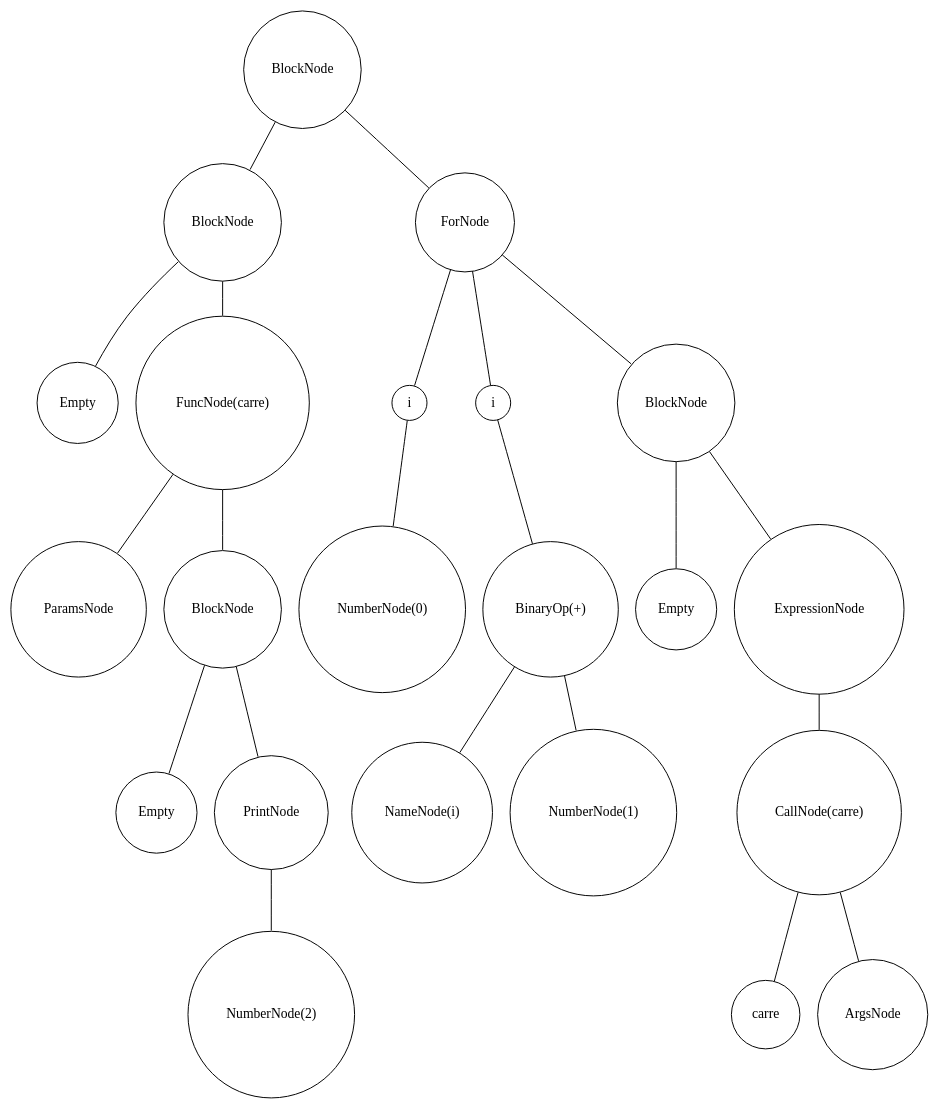
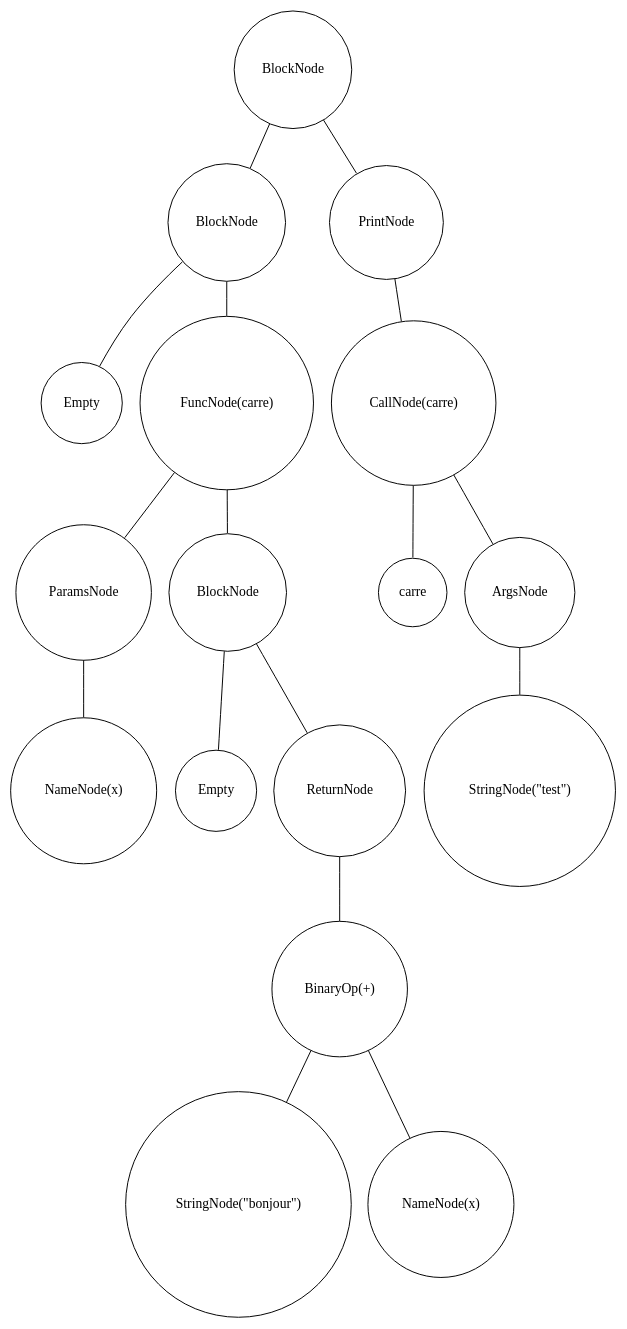
One commit to Artex6666/interpreteurPython changed the diagram in img/graph.gv. Above: the diagram before and after it, drawn with Graphviz. The commit also changed 36 other files, not shown here.

```diff
--- a/img/graph.gv
+++ b/img/graph.gv
@@ -1,46 +1,36 @@
 digraph {
 	node [shape=circle]
-	"64deb61b-7047-4911-aa0b-fa0f00d7e042" [label=BlockNode]
-	"aaad4fa7-1eea-4c7f-9b8d-16a612b2e3e1" [label=BlockNode]
-	"b1d4f5b6-68d4-465d-a01d-3534b8b00c5f" [label=Empty]
-	"aaad4fa7-1eea-4c7f-9b8d-16a612b2e3e1" -> "b1d4f5b6-68d4-465d-a01d-3534b8b00c5f" [arrowsize=0]
-	"ae9e117b-7179-447e-8d93-8f69566646ae" [label="FuncNode(carre)"]
-	"94d608bc-805a-4d10-b28f-672e6f2f9102" [label=ParamsNode]
-	"ae9e117b-7179-447e-8d93-8f69566646ae" -> "94d608bc-805a-4d10-b28f-672e6f2f9102" [arrowsize=0]
-	"b5852079-04de-41e3-bbeb-85ad2679eea7" [label=BlockNode]
-	"18699f81-171f-4ea3-bdf4-308722f57654" [label=Empty]
-	"b5852079-04de-41e3-bbeb-85ad2679eea7" -> "18699f81-171f-4ea3-bdf4-308722f57654" [arrowsize=0]
-	"d1eb029e-4b58-4779-9119-727aa6f90504" [label=PrintNode]
-	"562c5cfa-ccd2-4547-88c9-492cf74be9e4" [label="NumberNode(2)"]
-	"d1eb029e-4b58-4779-9119-727aa6f90504" -> "562c5cfa-ccd2-4547-88c9-492cf74be9e4" [arrowsize=0]
-	"b5852079-04de-41e3-bbeb-85ad2679eea7" -> "d1eb029e-4b58-4779-9119-727aa6f90504" [arrowsize=0]
-	"ae9e117b-7179-447e-8d93-8f69566646ae" -> "b5852079-04de-41e3-bbeb-85ad2679eea7" [arrowsize=0]
-	"aaad4fa7-1eea-4c7f-9b8d-16a612b2e3e1" -> "ae9e117b-7179-447e-8d93-8f69566646ae" [arrowsize=0]
-	"64deb61b-7047-4911-aa0b-fa0f00d7e042" -> "aaad4fa7-1eea-4c7f-9b8d-16a612b2e3e1" [arrowsize=0]
-	"42499368-d7c7-42e3-995b-e9439bdd476a" [label=ForNode]
-	"10e61986-6760-47cb-a39a-e3c15123afb5" [label=i]
-	"fd10e6a0-3d34-49a1-abe1-77ce129d94e6" [label="NumberNode(0)"]
-	"10e61986-6760-47cb-a39a-e3c15123afb5" -> "fd10e6a0-3d34-49a1-abe1-77ce129d94e6" [arrowsize=0]
-	"42499368-d7c7-42e3-995b-e9439bdd476a" -> "10e61986-6760-47cb-a39a-e3c15123afb5" [arrowsize=0]
-	"cf6343f0-a4e8-45fa-8a46-63512805eab8" [label=i]
-	"c2a666ef-5f1f-4b34-8e33-baf9cf0c37fe" [label="BinaryOp(+)"]
-	"834803a8-0dad-48f9-adf7-06bc374485df" [label="NameNode(i)"]
-	"c2a666ef-5f1f-4b34-8e33-baf9cf0c37fe" -> "834803a8-0dad-48f9-adf7-06bc374485df" [arrowsize=0]
-	"abbef885-b646-4d68-8d95-b7128d8c365b" [label="NumberNode(1)"]
-	"c2a666ef-5f1f-4b34-8e33-baf9cf0c37fe" -> "abbef885-b646-4d68-8d95-b7128d8c365b" [arrowsize=0]
-	"cf6343f0-a4e8-45fa-8a46-63512805eab8" -> "c2a666ef-5f1f-4b34-8e33-baf9cf0c37fe" [arrowsize=0]
-	"42499368-d7c7-42e3-995b-e9439bdd476a" -> "cf6343f0-a4e8-45fa-8a46-63512805eab8" [arrowsize=0]
-	"8155eed4-1345-4cc1-a596-f4205947e99f" [label=BlockNode]
-	"30c04d00-66a6-47b6-9dba-51bd0888c7c7" [label=Empty]
-	"8155eed4-1345-4cc1-a596-f4205947e99f" -> "30c04d00-66a6-47b6-9dba-51bd0888c7c7" [arrowsize=0]
-	"baf4e24d-4ae0-4ab1-a39c-4e6a779083d7" [label=ExpressionNode]
-	"17b6f0c3-f1dc-49c4-b7d3-1b24a43b44a0" [label="CallNode(carre)"]
-	"607c2f7f-dd05-4f5d-87ed-938f2a39e7a4" [label=carre]
-	"17b6f0c3-f1dc-49c4-b7d3-1b24a43b44a0" -> "607c2f7f-dd05-4f5d-87ed-938f2a39e7a4" [arrowsize=0]
-	"64016c0f-6585-4acb-b173-9b382082509f" [label=ArgsNode]
-	"17b6f0c3-f1dc-49c4-b7d3-1b24a43b44a0" -> "64016c0f-6585-4acb-b173-9b382082509f" [arrowsize=0]
-	"baf4e24d-4ae0-4ab1-a39c-4e6a779083d7" -> "17b6f0c3-f1dc-49c4-b7d3-1b24a43b44a0" [arrowsize=0]
-	"8155eed4-1345-4cc1-a596-f4205947e99f" -> "baf4e24d-4ae0-4ab1-a39c-4e6a779083d7" [arrowsize=0]
-	"42499368-d7c7-42e3-995b-e9439bdd476a" -> "8155eed4-1345-4cc1-a596-f4205947e99f" [arrowsize=0]
-	"64deb61b-7047-4911-aa0b-fa0f00d7e042" -> "42499368-d7c7-42e3-995b-e9439bdd476a" [arrowsize=0]
+	"685e6639-f501-4e45-a72c-e23004a00341" [label=BlockNode]
+	"0db5980a-40d4-45bd-84a4-0f7f7422cf17" [label=BlockNode]
+	"53e81f95-27be-4b84-b55b-8cfab28d2ad1" [label=Empty]
+	"0db5980a-40d4-45bd-84a4-0f7f7422cf17" -> "53e81f95-27be-4b84-b55b-8cfab28d2ad1" [arrowsize=0]
+	"5b7e28f1-f0a9-43bf-9dec-276a5499ee0e" [label="FuncNode(carre)"]
+	"59e0ed69-8037-4343-bbc0-7a89e6152b8d" [label=ParamsNode]
+	"51a78693-f873-4d97-8e15-133e27b17c75" [label="NameNode(x)"]
+	"59e0ed69-8037-4343-bbc0-7a89e6152b8d" -> "51a78693-f873-4d97-8e15-133e27b17c75" [arrowsize=0]
+	"5b7e28f1-f0a9-43bf-9dec-276a5499ee0e" -> "59e0ed69-8037-4343-bbc0-7a89e6152b8d" [arrowsize=0]
+	"df5b07eb-17bb-49c7-aaca-0b79d24b07e6" [label=BlockNode]
+	"59bf4ac4-51b8-4dd5-ac6c-6aab2c56a3f5" [label=Empty]
+	"df5b07eb-17bb-49c7-aaca-0b79d24b07e6" -> "59bf4ac4-51b8-4dd5-ac6c-6aab2c56a3f5" [arrowsize=0]
+	"7cc14cc5-bbaf-48ca-8eb2-620cc4bc3595" [label=ReturnNode]
+	"1ec0386a-52ae-4546-9407-0f0c6cd2afaf" [label="BinaryOp(+)"]
+	"3d54c556-5302-46d2-8204-da99c87ae181" [label="StringNode(\"bonjour\")"]
+	"1ec0386a-52ae-4546-9407-0f0c6cd2afaf" -> "3d54c556-5302-46d2-8204-da99c87ae181" [arrowsize=0]
+	"7c5c43de-e561-4572-9c86-952ad227b981" [label="NameNode(x)"]
+	"1ec0386a-52ae-4546-9407-0f0c6cd2afaf" -> "7c5c43de-e561-4572-9c86-952ad227b981" [arrowsize=0]
+	"7cc14cc5-bbaf-48ca-8eb2-620cc4bc3595" -> "1ec0386a-52ae-4546-9407-0f0c6cd2afaf" [arrowsize=0]
+	"df5b07eb-17bb-49c7-aaca-0b79d24b07e6" -> "7cc14cc5-bbaf-48ca-8eb2-620cc4bc3595" [arrowsize=0]
+	"5b7e28f1-f0a9-43bf-9dec-276a5499ee0e" -> "df5b07eb-17bb-49c7-aaca-0b79d24b07e6" [arrowsize=0]
+	"0db5980a-40d4-45bd-84a4-0f7f7422cf17" -> "5b7e28f1-f0a9-43bf-9dec-276a5499ee0e" [arrowsize=0]
+	"685e6639-f501-4e45-a72c-e23004a00341" -> "0db5980a-40d4-45bd-84a4-0f7f7422cf17" [arrowsize=0]
+	"43867919-be17-4517-9fa2-9068ea3e7270" [label=PrintNode]
+	"16b21140-f8f9-48e1-af03-ffd665a45726" [label="CallNode(carre)"]
+	"e6a18583-7aa0-45b7-b151-ce666f3ae24c" [label=carre]
+	"16b21140-f8f9-48e1-af03-ffd665a45726" -> "e6a18583-7aa0-45b7-b151-ce666f3ae24c" [arrowsize=0]
+	"210d563e-fc66-4a53-bd0f-9717a16f25b6" [label=ArgsNode]
+	"c0dad559-9601-4d5e-a11b-314b2d25ff02" [label="StringNode(\"test\")"]
+	"210d563e-fc66-4a53-bd0f-9717a16f25b6" -> "c0dad559-9601-4d5e-a11b-314b2d25ff02" [arrowsize=0]
+	"16b21140-f8f9-48e1-af03-ffd665a45726" -> "210d563e-fc66-4a53-bd0f-9717a16f25b6" [arrowsize=0]
+	"43867919-be17-4517-9fa2-9068ea3e7270" -> "16b21140-f8f9-48e1-af03-ffd665a45726" [arrowsize=0]
+	"685e6639-f501-4e45-a72c-e23004a00341" -> "43867919-be17-4517-9fa2-9068ea3e7270" [arrowsize=0]
 }
```
